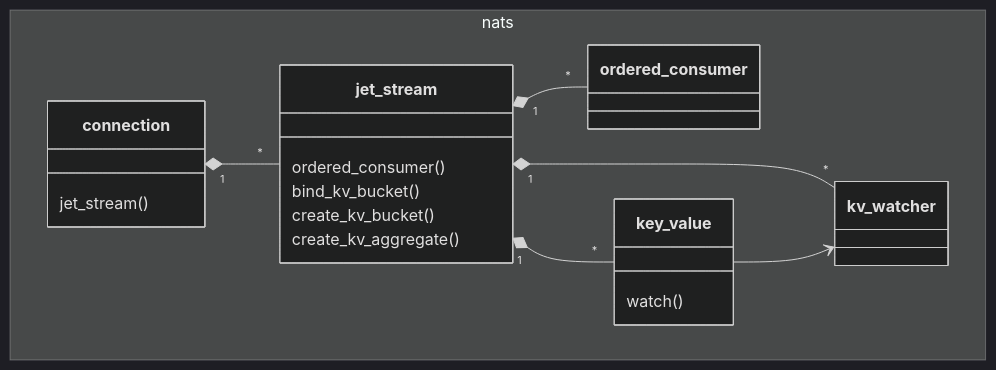
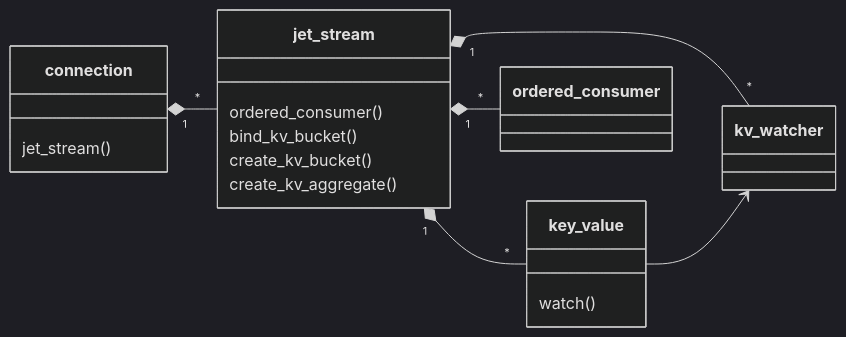
One commit to Kazmirchuk/nats-tcl changed the diagram in CoreAPI.md. Above: the diagram before and after it, drawn with Mermaid (dark theme).

Commit message:
looks like Github mermaid doesn't support 'namespace'

````diff
--- a/CoreAPI.md
+++ b/CoreAPI.md
@@ -390,24 +390,22 @@
 ```mermaid
 classDiagram
-namespace nats {
-    class connection {
-        jet_stream()
-    }
-    class jet_stream {
-        ordered_consumer()
-        bind_kv_bucket()
-        create_kv_bucket()
-        create_kv_aggregate()
-    }
-    class key_value {
-        watch()
-    }
-    class kv_watcher
-    class ordered_consumer
+direction LR
+class connection {
+    jet_stream()
+}
+class jet_stream {
+    ordered_consumer()
+    bind_kv_bucket()
+    create_kv_bucket()
+    create_kv_aggregate()
+}
+class key_value {
+    watch()
 }
 connection "1" *-- "*" jet_stream
 jet_stream "1" *-- "*" ordered_consumer
 jet_stream "1" *-- "*" key_value
 jet_stream "1" *-- "*" kv_watcher
 key_value --> kv_watcher
+
 ```
````
